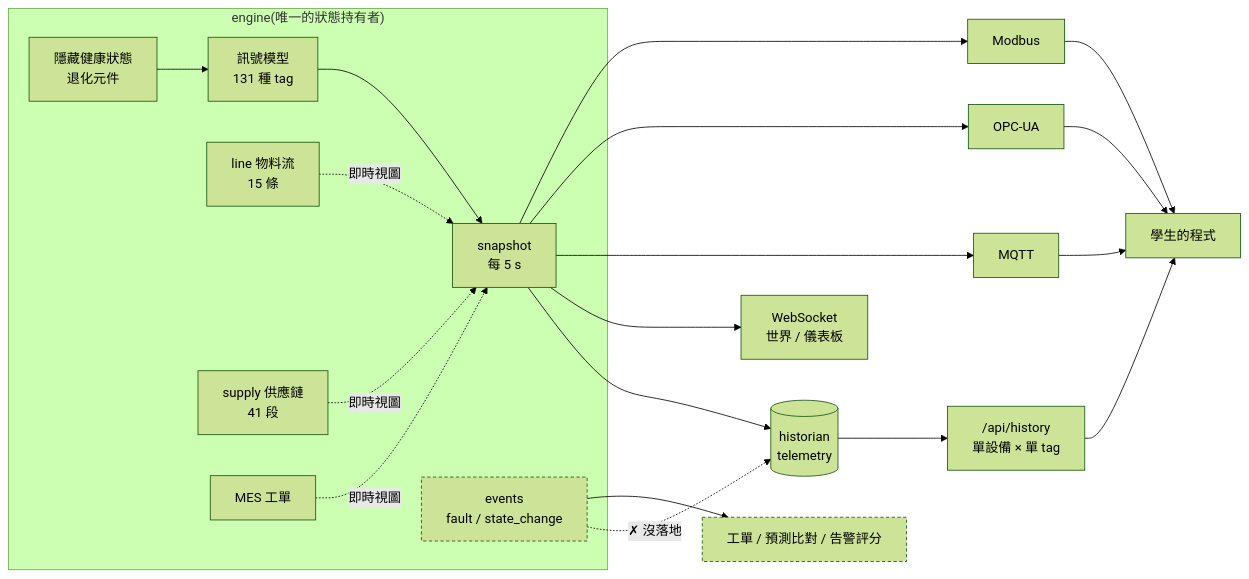
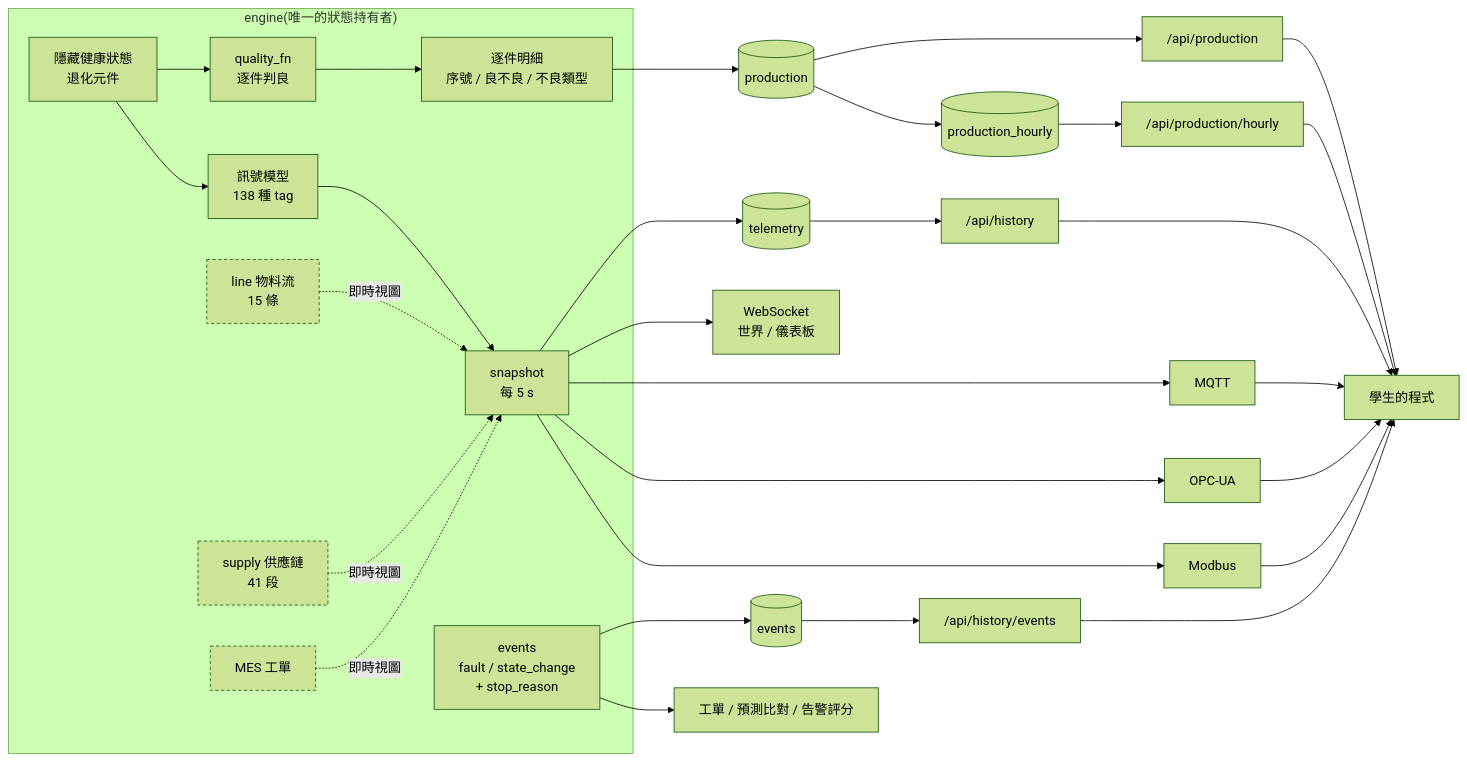
One commit to dofliu/CloudDataProduction changed the diagram in docs/資料盤點_生產數據完整性.md. Above: the diagram before and after it, drawn with Mermaid (forest theme). The commit also changed other lines of this file and 20 other files, not shown here.

````diff
--- a/docs/資料盤點_生產數據完整性.md
+++ b/docs/資料盤點_生產數據完整性.md
@@ -17,23 +21,29 @@
 ```mermaid
 flowchart LR
   subgraph ENG["engine(唯一的狀態持有者)"]
-    H["隱藏健康狀態<br/>退化元件"] --> S["訊號模型<br/>131 種 tag"]
+    H["隱藏健康狀態<br/>退化元件"] --> S["訊號模型<br/>138 種 tag"]
+    H --> Q["quality_fn<br/>逐件判良"]
     L["line 物料流<br/>15 條"] -.即時視圖.-> V
     SC["supply 供應鏈<br/>41 段"] -.即時視圖.-> V
     M["MES 工單"] -.即時視圖.-> V
     S --> V["snapshot<br/>每 5 s"]
-    EV["events<br/>fault / state_change"]
+    Q --> PC["逐件明細<br/>序號 / 良不良 / 不良類型"]
+    EV["events<br/>fault / state_change<br/>+ stop_reason"]
   end
 
   V --> MB["Modbus"] & OP["OPC-UA"] & MQ["MQTT"]
   V --> WS["WebSocket<br/>世界 / 儀表板"]
-  V --> HI[("historian<br/>telemetry")]
+  V --> HI[("telemetry")]
   EV --> TK["工單 / 預測比對 / 告警評分"]
-  EV -. "✗ 沒落地" .-> HI
+  EV --> HE[("events")]
+  PC --> HP[("production")] --> HH[("production_hourly")]
 
   MB & OP & MQ --> ST["學生的程式"]
-  HI --> API["/api/history<br/>單設備 × 單 tag"] --> ST
+  HI --> API["/api/history"] --> ST
+  HE --> AE["/api/history/events"] --> ST
+  HP --> AP["/api/production"] --> ST
+  HH --> AH["/api/production/hourly"] --> ST
 
   classDef gap stroke-dasharray:4 3
-  class EV,TK gap
+  class L,SC,M gap
 ```
````
